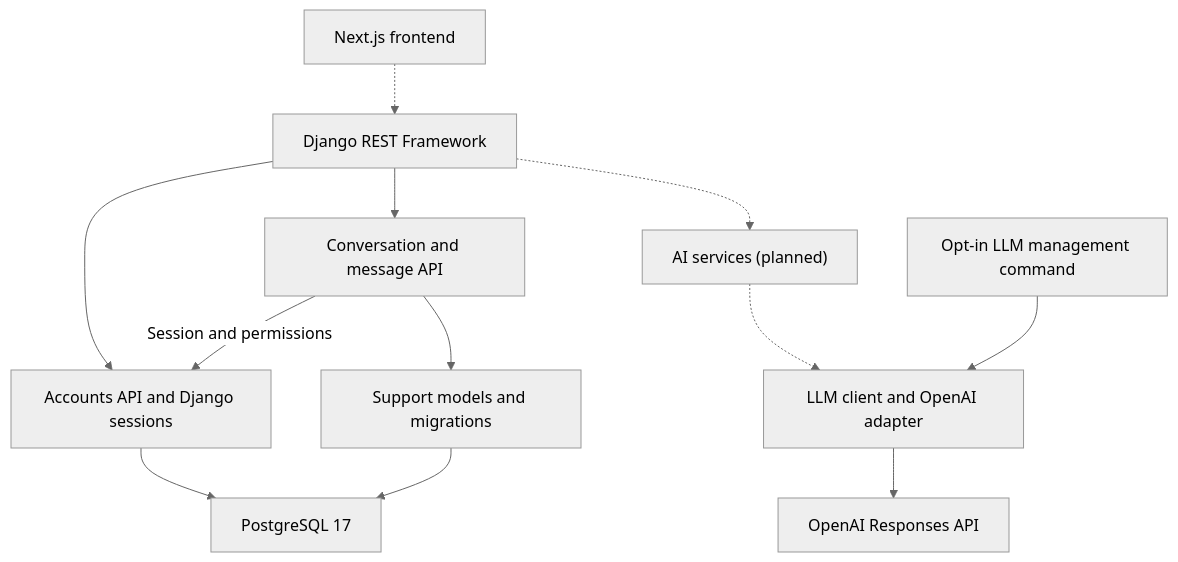
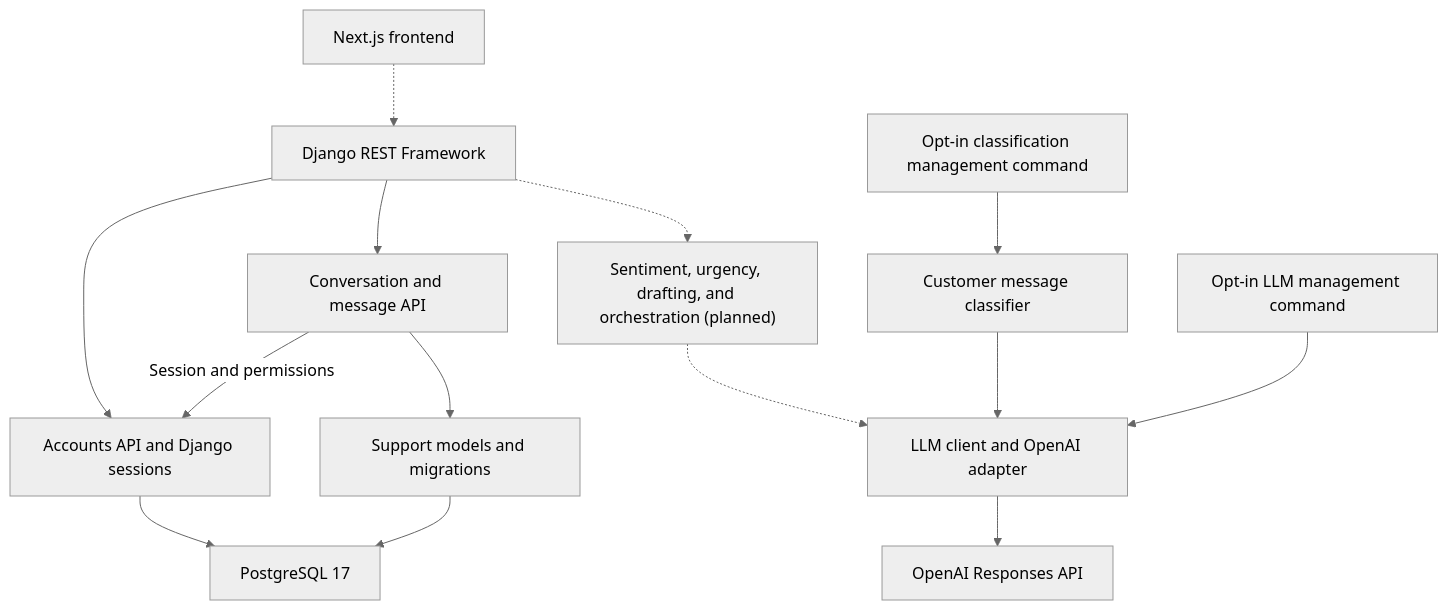
Before and after one commit to isazadesabuhi/ai-customer-support: the diagram in docs/architecture/overview.md, drawn with Mermaid (neutral theme). The commit also changed other lines of this file and 25 other files, not shown here.

Commit message:
feat(ai): implement customer message classification with strict validation

````diff
--- a/docs/architecture/overview.md
+++ b/docs/architecture/overview.md
@@ -7,24 +7,28 @@
 ```mermaid
 flowchart TD
     Frontend["Next.js frontend"]
     Backend["Django REST Framework"]
     Accounts["Accounts API and Django sessions"]
     API["Conversation and message API"]
     Support["Support models and migrations"]
     Database["PostgreSQL 17"]
-    AI["AI services (planned)"]
+    AI["Sentiment, urgency, drafting, and orchestration (planned)"]
+    Classifier["Customer message classifier"]
+    Classify["Opt-in classification management command"]
     LLM["LLM client and OpenAI adapter"]
     Check["Opt-in LLM management command"]
     Provider["OpenAI Responses API"]
     Frontend -.-> Backend
     Backend --> Accounts
     Backend --> API
     API -->|"Session and permissions"| Accounts
     Accounts --> Database
     API --> Support
     Support --> Database
     Backend -.-> AI
     AI -.-> LLM
+    Classify --> Classifier
+    Classifier --> LLM
     Check --> LLM
     LLM --> Provider
 ```
````
